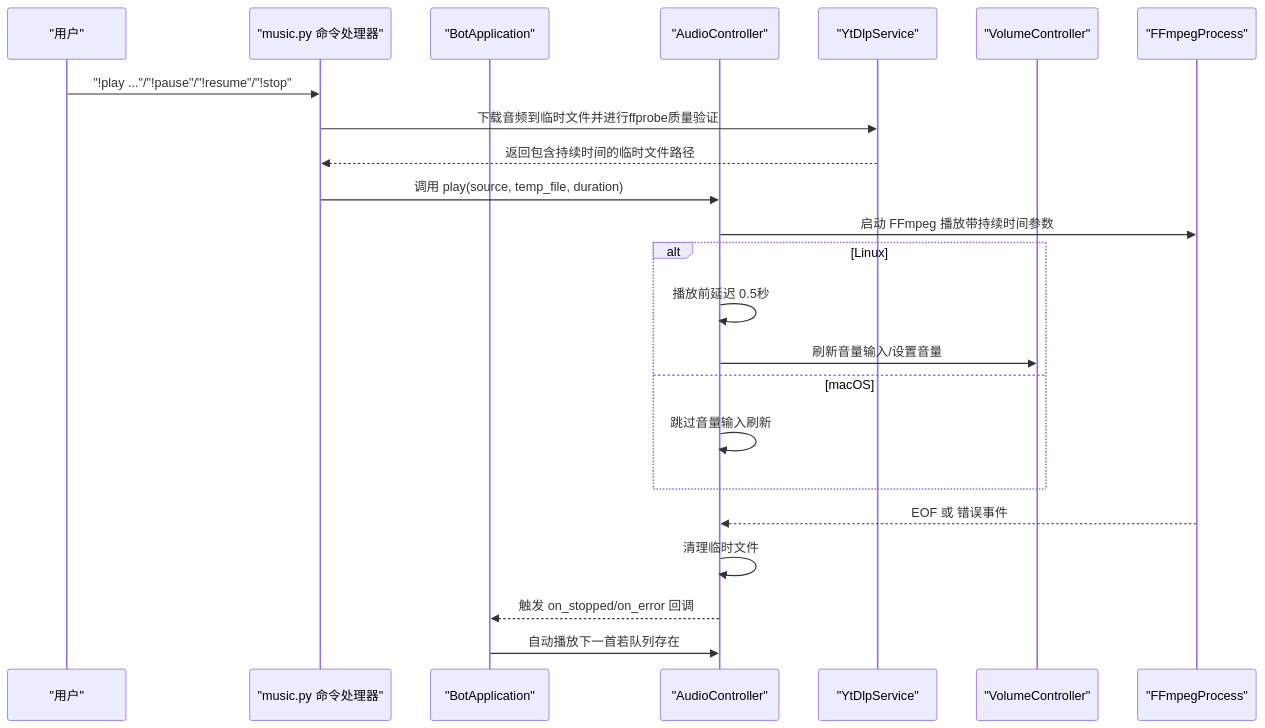
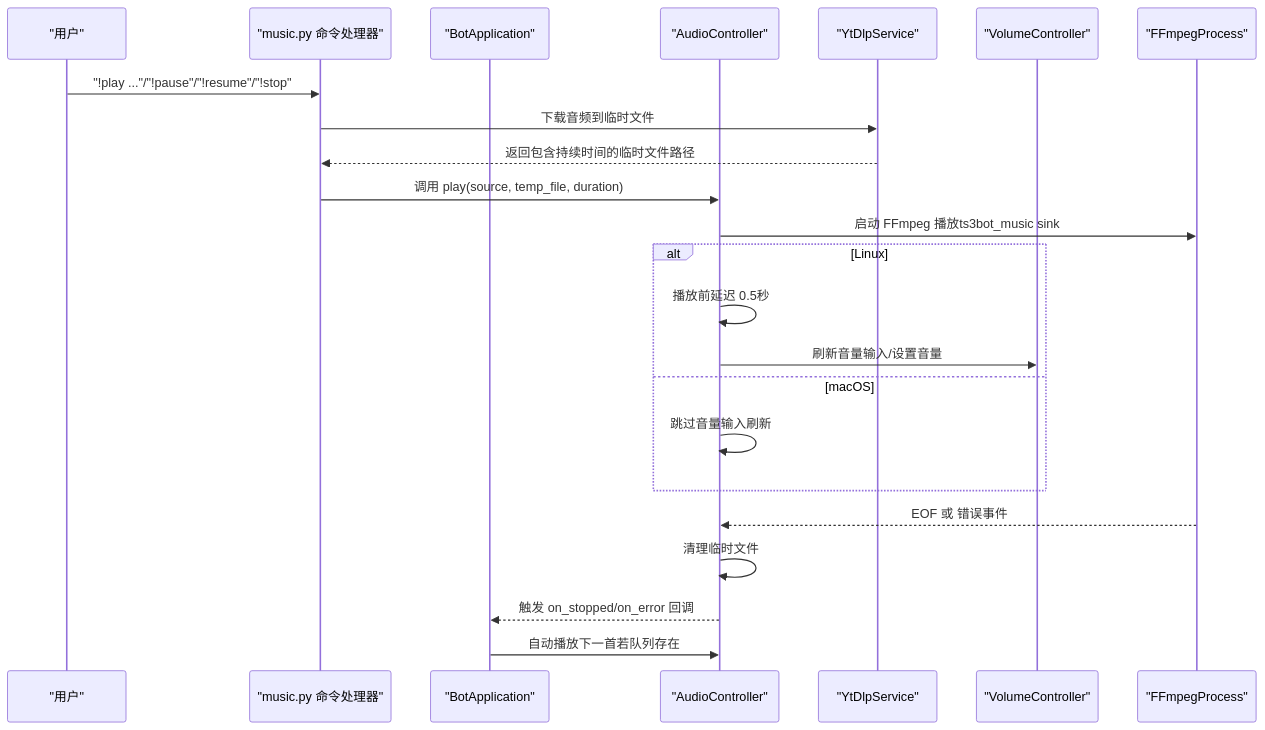
The second of 14 diagrams in .qoder/repowiki/zh/content/音乐播放系统/音频控制器.md (GhoulOwl/Teamspeak3_Bot), drawn with Mermaid before and after one commit. The commit also changed other lines of this file and 13 other files, not shown here.

````diff
--- a/.qoder/repowiki/zh/content/音乐播放系统/音频控制器.md
+++ b/.qoder/repowiki/zh/content/音乐播放系统/音频控制器.md
@@ -150,25 +137,25 @@
 ```mermaid
 sequenceDiagram
 participant User as "用户"
 participant Cmd as "music.py 命令处理器"
 participant App as "BotApplication"
 participant Ctrl as "AudioController"
 participant YTDL as "YtDlpService"
 participant Vol as "VolumeController"
 participant FF as "FFmpegProcess"
 User->>Cmd : "!play ..."/"!pause"/"!resume"/"!stop"
-Cmd->>YTDL : 下载音频到临时文件并进行ffprobe质量验证
+Cmd->>YTDL : 下载音频到临时文件
 YTDL-->>Cmd : 返回包含持续时间的临时文件路径
 Cmd->>Ctrl : 调用 play(source, temp_file, duration)
-Ctrl->>FF : 启动 FFmpeg 播放带持续时间参数
+Ctrl->>FF : 启动 FFmpeg 播放ts3bot_music sink
 alt Linux
 Ctrl->>Ctrl : 播放前延迟 0.5秒
 Ctrl->>Vol : 刷新音量输入/设置音量
 else macOS
 Ctrl->>Ctrl : 跳过音量输入刷新
 end
 FF-->>Ctrl : EOF 或 错误事件
 Ctrl->>Ctrl : 清理临时文件
 Ctrl-->>App : 触发 on_stopped/on_error 回调
 App->>Ctrl : 自动播放下一首若队列存在
 ```
````
